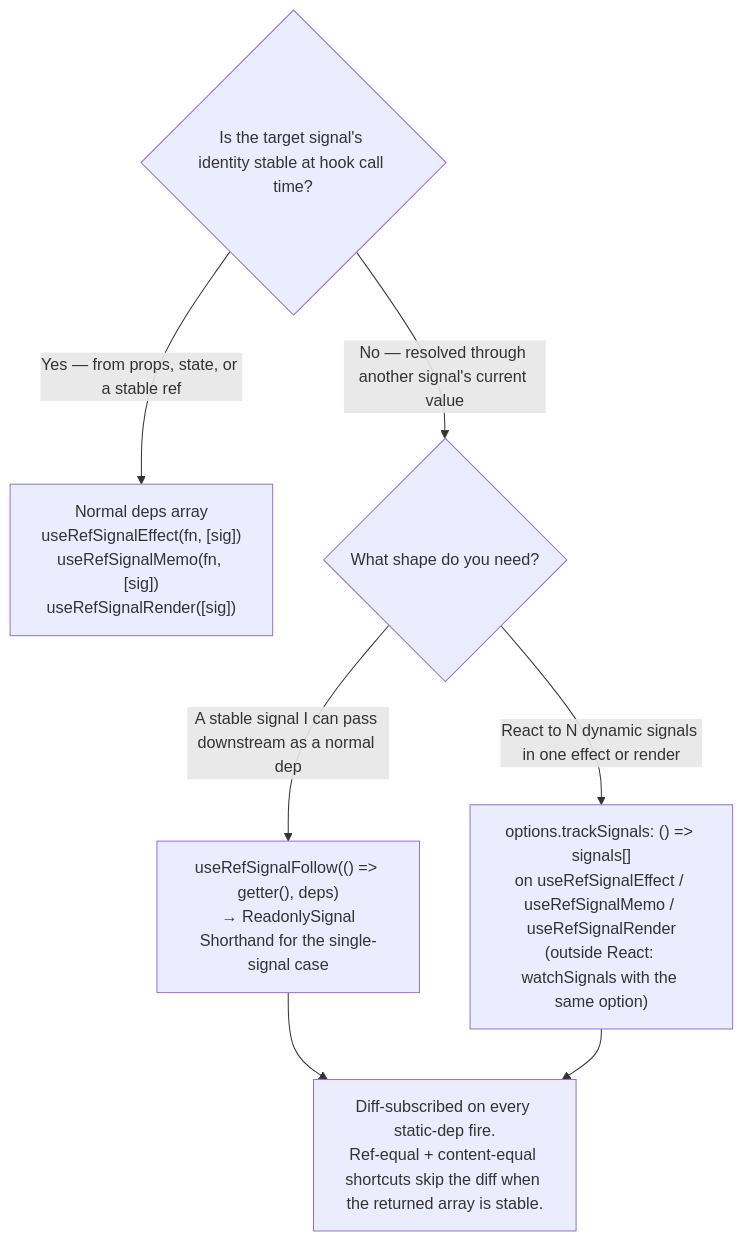
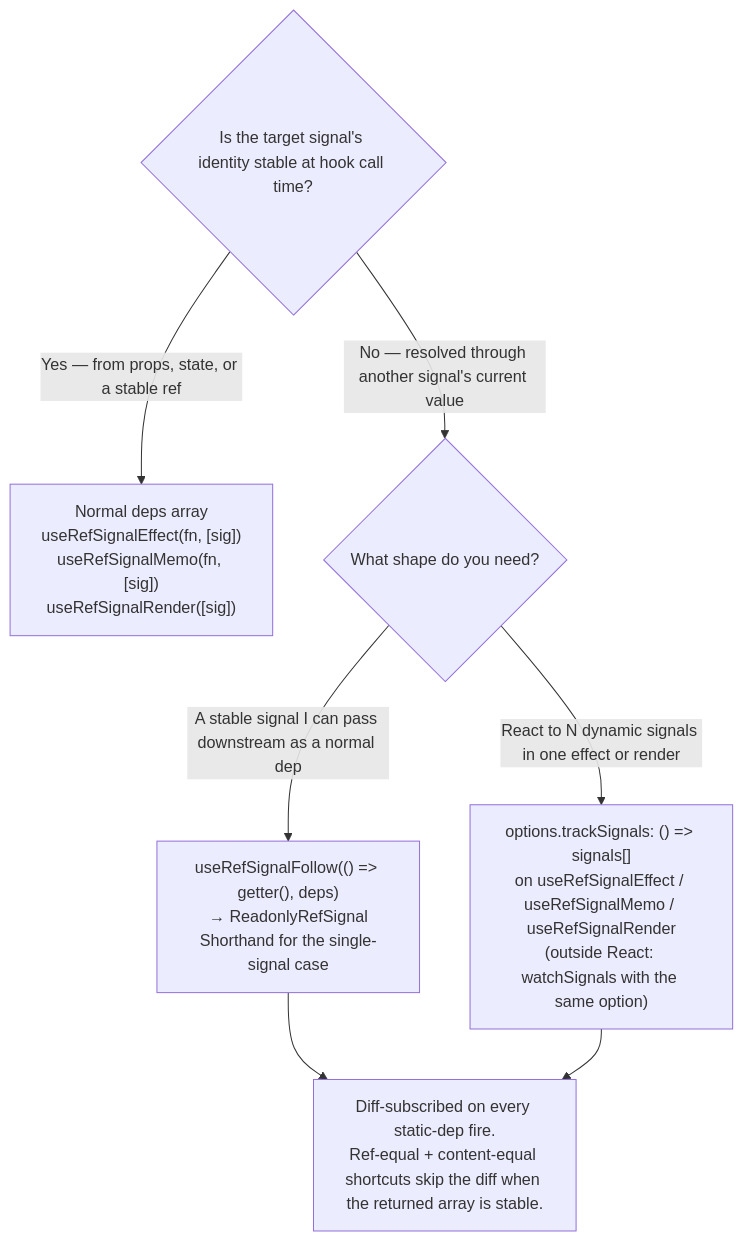
Before and after one commit to jav974/react-refsignal: the seventh of 11 diagrams in docs/decision-tree.md, drawn with Mermaid. The commit also changed other lines of this file and 4 other files, not shown here.

````diff
--- a/docs/decision-tree.md
+++ b/docs/decision-tree.md
@@ -159,12 +159,12 @@
 ```mermaid
 flowchart TD
     Q1{"Is the target signal's identity stable at hook call time?"}
     Q1 -->|"Yes — from props, state, or a stable ref"| A["Normal deps array\nuseRefSignalEffect(fn, [sig])\nuseRefSignalMemo(fn, [sig])\nuseRefSignalRender([sig])"]
     Q1 -->|"No — resolved through another signal's current value"| Q2
 
     Q2{"What shape do you need?"}
-    Q2 -->|"A stable signal I can pass downstream as a normal dep"| B["useRefSignalFollow(() => getter(), deps)\n→ ReadonlySignal<T | undefined>\nShorthand for the single-signal case"]
+    Q2 -->|"A stable signal I can pass downstream as a normal dep"| B["useRefSignalFollow(() => getter(), deps)\n→ ReadonlyRefSignal<T | undefined>\nShorthand for the single-signal case"]
     Q2 -->|"React to N dynamic signals in one effect or render"| C["options.trackSignals: () => signals[]\non useRefSignalEffect / useRefSignalMemo / useRefSignalRender\n(outside React: watchSignals with the same option)"]
 
     B & C --> D["Diff-subscribed on every static-dep fire.\nRef-equal + content-equal shortcuts skip the diff when the returned array is stable."]
 ```
````
